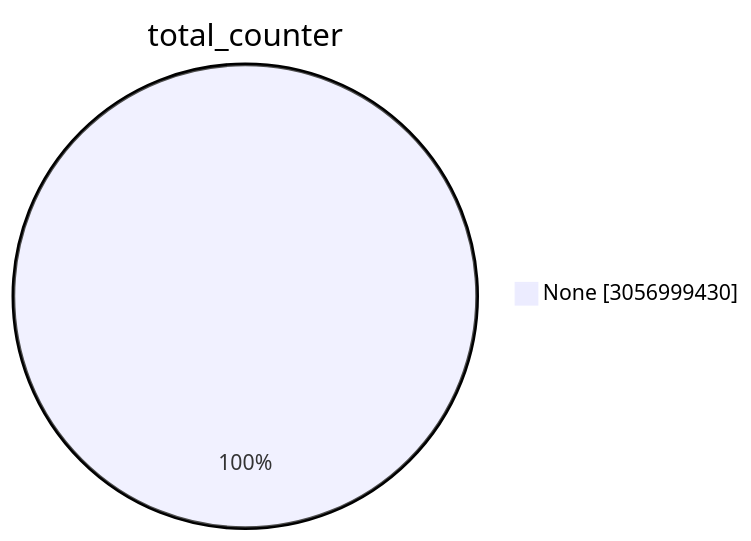
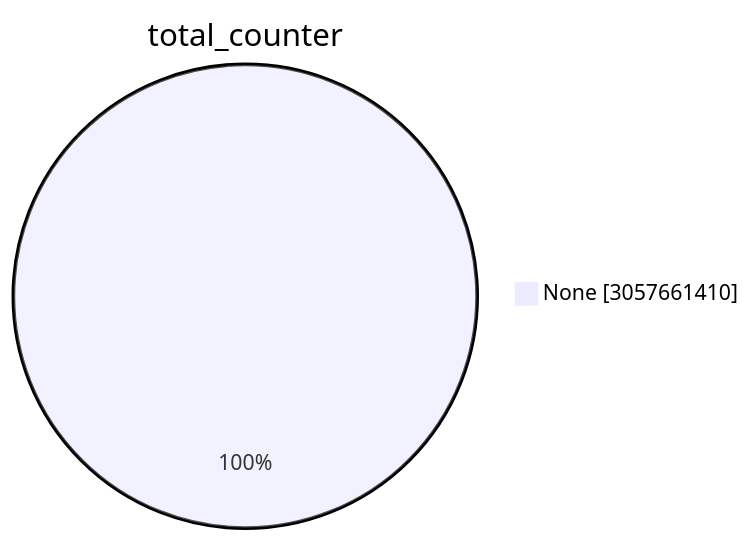
One commit to christiankrug/ctmonitor_visualization changed the first of 15 diagrams in TOTAL/README.md. Above: the diagram before and after it, drawn with Mermaid. The commit also changed other lines of this file, not shown here.

````diff
--- a/TOTAL/README.md
+++ b/TOTAL/README.md
@@ -1,5 +1,5 @@
 ```mermaid
 pie showData
 title total_counter
-"None" :3056999430
+"None" :3057661410
 ```
````
